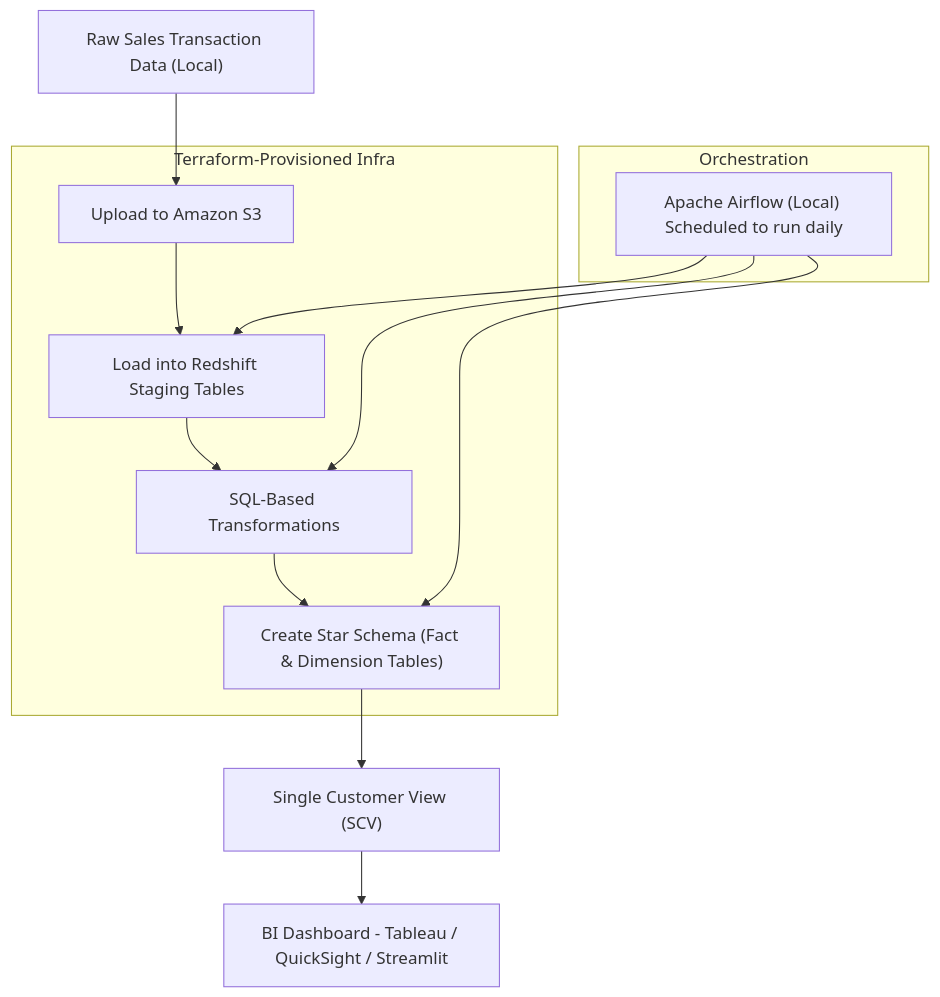
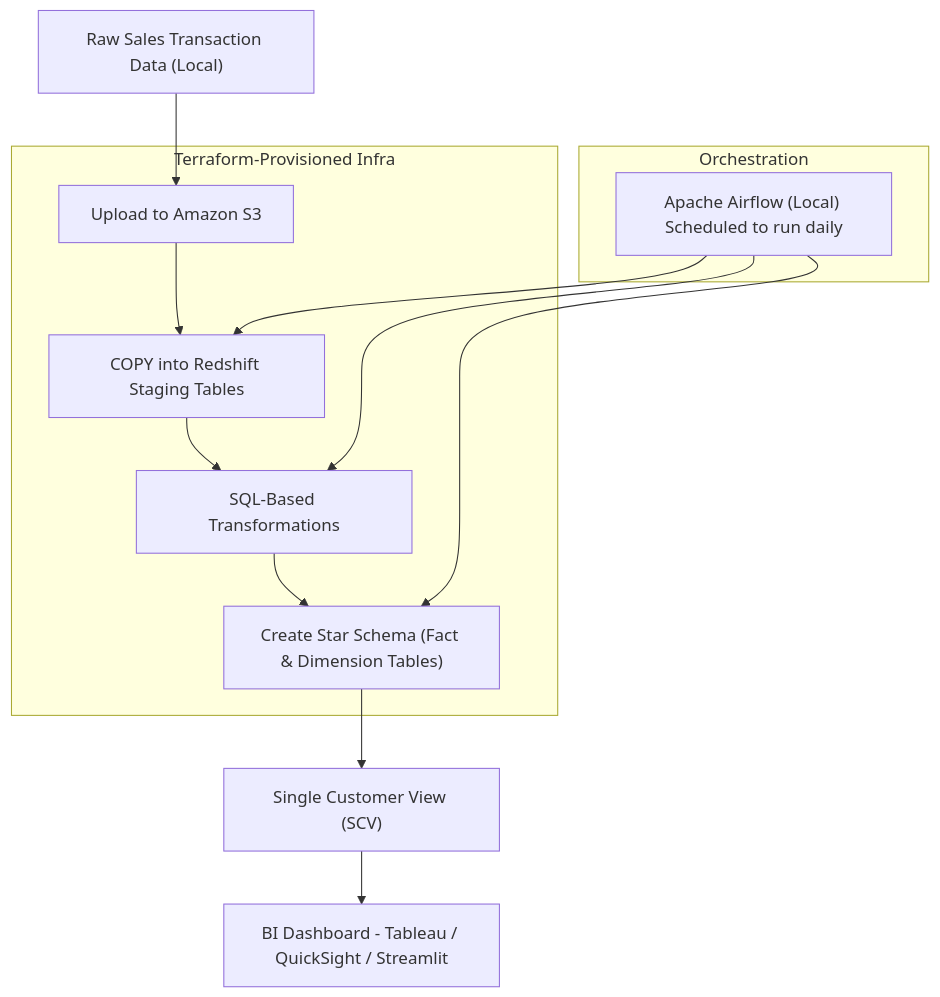
The diagram in README.md (tungstennn/EcomDataPipeline-DataOps), drawn with Mermaid before and after one commit.

````diff
--- a/README.md
+++ b/README.md
@@ -14,24 +14,24 @@
 ```mermaid
 graph TD
     A["Raw Sales Transaction Data (Local)"] --> B["Upload to Amazon S3"]
-    B --> C["Load into Redshift Staging Tables"]
+    B --> C["COPY into Redshift Staging Tables"]
     C --> D["SQL-Based Transformations"]
     D --> E["Create Star Schema (Fact & Dimension Tables)"]
     E --> F["Single Customer View (SCV)"]
     F --> G["BI Dashboard - Tableau / QuickSight / Streamlit"]
 
     subgraph "Terraform-Provisioned Infra"
         B
         C
         D
         E
     end
 
     subgraph "Orchestration"
         H["Apache Airflow (Local) Scheduled to run daily"]
     end
 
     H --> C
     H --> D
     H --> E
 ```
````
